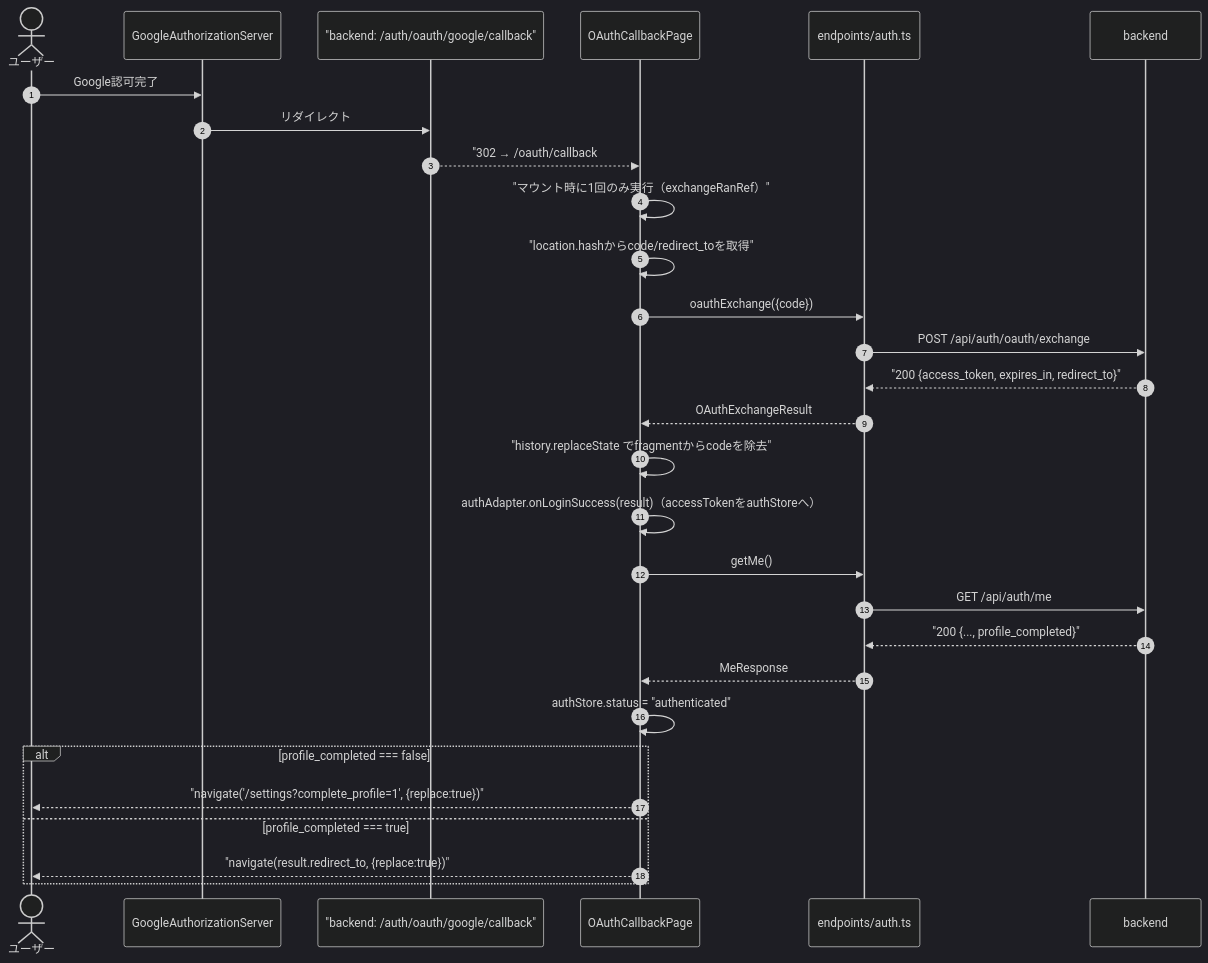
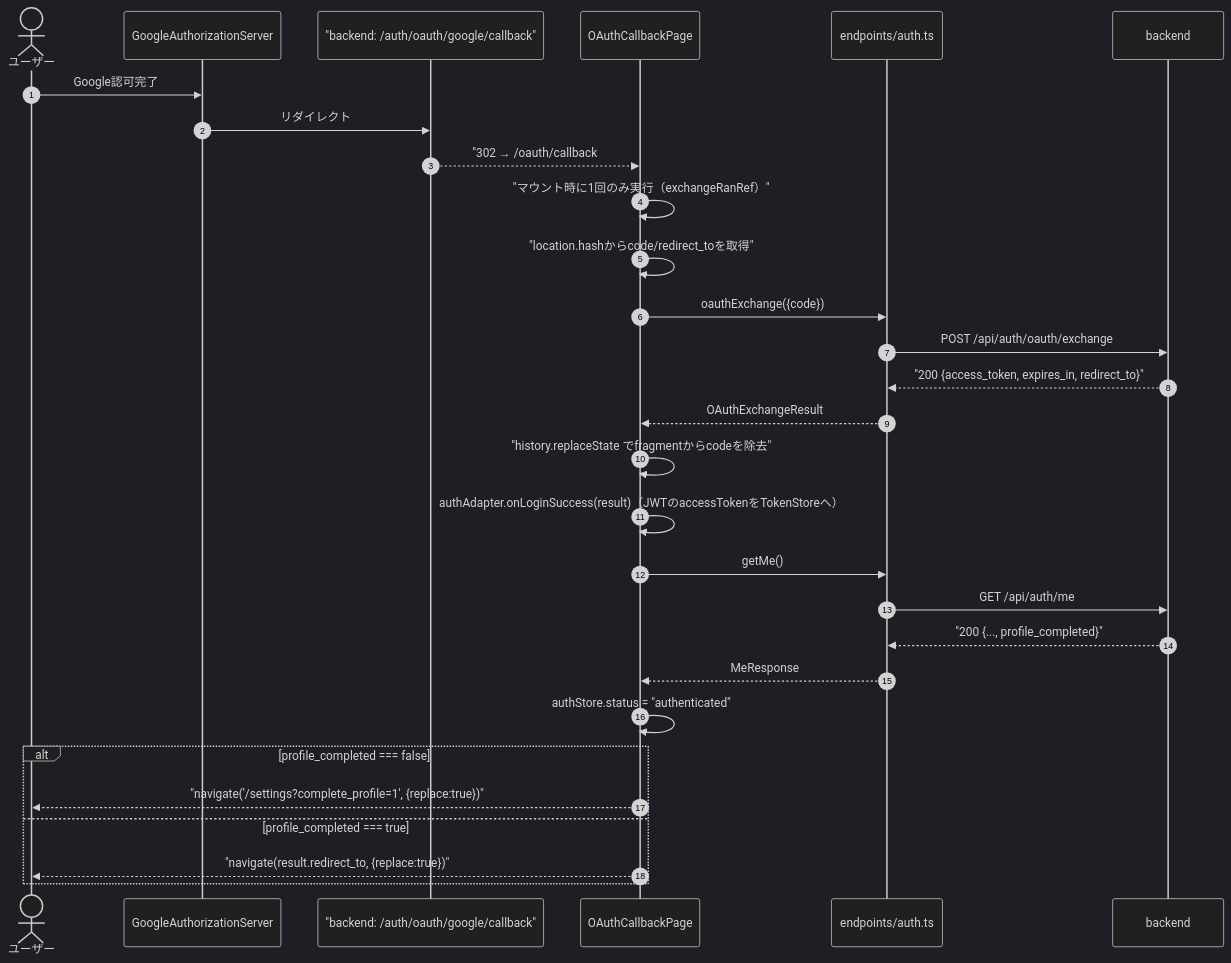
Before and after one commit to oikawa-d/task_management: the second of 6 diagrams in docs/detailed_design/screen/11_oauth_callback.md, drawn with Mermaid (dark theme). The commit also changed other lines of this file and 12 other files, not shown here.

````diff
--- a/docs/detailed_design/screen/11_oauth_callback.md
+++ b/docs/detailed_design/screen/11_oauth_callback.md
@@ -88,32 +88,32 @@
 ```mermaid
 sequenceDiagram
     autonumber
     actor U as ユーザー
     participant GB as GoogleAuthorizationServer
     participant CB as "backend: /auth/oauth/google/callback"
     participant OCP as OAuthCallbackPage
     participant EP as endpoints/auth.ts
     participant API as backend
 
     U->>GB: Google認可完了
     GB->>CB: リダイレクト
     CB-->>OCP: "302 → /oauth/callback#code=xxx&redirect_to=/projects/1"
     OCP->>OCP: "マウント時に1回のみ実行（exchangeRanRef）"
     OCP->>OCP: "location.hashからcode/redirect_toを取得"
     OCP->>EP: oauthExchange({code})
     EP->>API: POST /api/auth/oauth/exchange
     API-->>EP: "200 {access_token, expires_in, redirect_to}"
     EP-->>OCP: OAuthExchangeResult
     OCP->>OCP: "history.replaceState でfragmentからcodeを除去"
-    OCP->>OCP: authAdapter.onLoginSuccess(result)（accessTokenをauthStoreへ）
+    OCP->>OCP: authAdapter.onLoginSuccess(result)（JWTのaccessTokenをTokenStoreへ）
     OCP->>EP: getMe()
     EP->>API: GET /api/auth/me
     API-->>EP: "200 {..., profile_completed}"
     EP-->>OCP: MeResponse
     OCP->>OCP: authStore.status = "authenticated"
     alt profile_completed === false
         OCP-->>U: "navigate('/settings?complete_profile=1', {replace:true})"
     else profile_completed === true
         OCP-->>U: "navigate(result.redirect_to, {replace:true})"
     end
 ```
````
